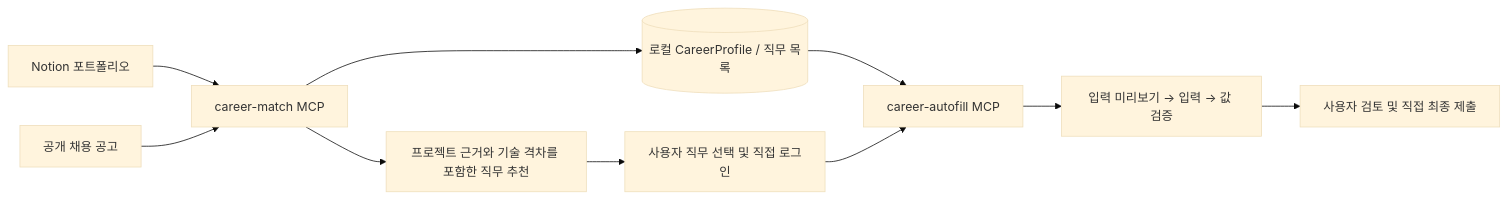
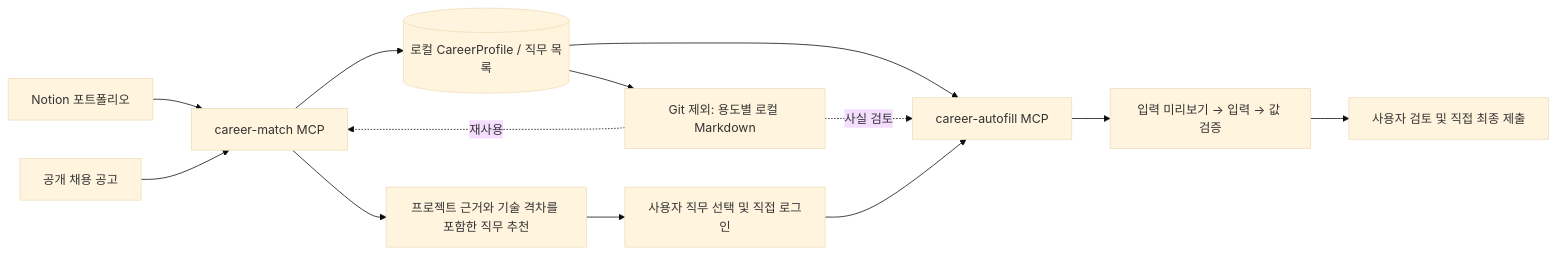
The first of 2 diagrams in README.md (newkimjiwon/career-autofill-agent), drawn with Mermaid (base theme) before and after one commit. The commit also changed other lines of this file and 14 other files, not shown here.

````diff
--- a/README.md
+++ b/README.md
@@ -10,12 +10,15 @@
 ```mermaid
 flowchart LR
     N[Notion 포트폴리오] --> M[career-match MCP]
     J[공개 채용 공고] --> M
     M --> P[(로컬 CareerProfile / 직무 목록)]
     M --> R[프로젝트 근거와 기술 격차를 포함한 직무 추천]
     R --> U[사용자 직무 선택 및 직접 로그인]
     P --> A[career-autofill MCP]
+    P --> C[Git 제외: 용도별 로컬 Markdown]
+    C -. 재사용 .-> M
+    C -. 사실 검토 .-> A
     U --> A
     A --> F[입력 미리보기 → 입력 → 값 검증]
     F --> S[사용자 검토 및 직접 최종 제출]
 ```
````
